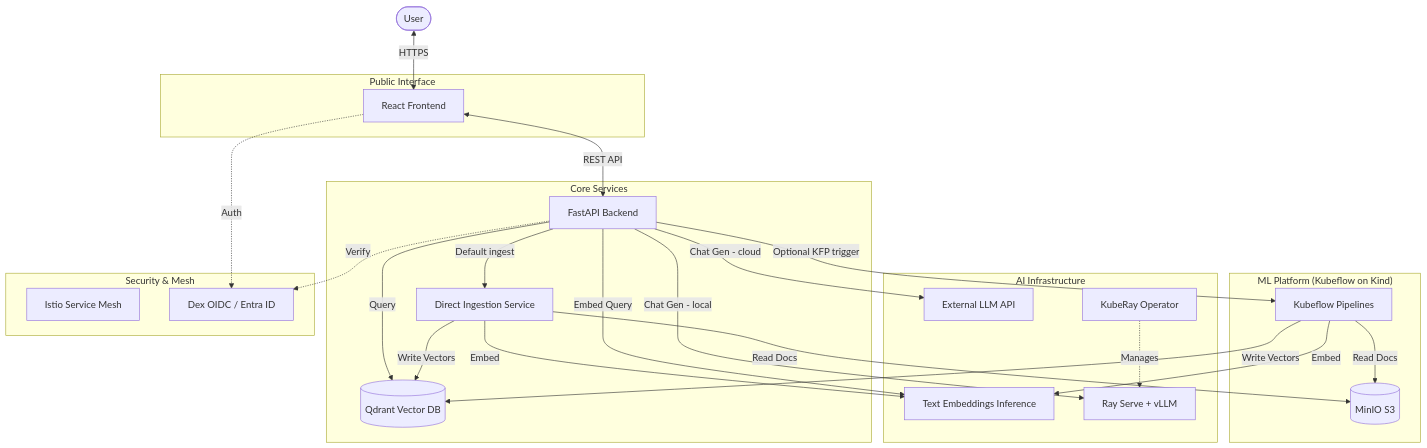
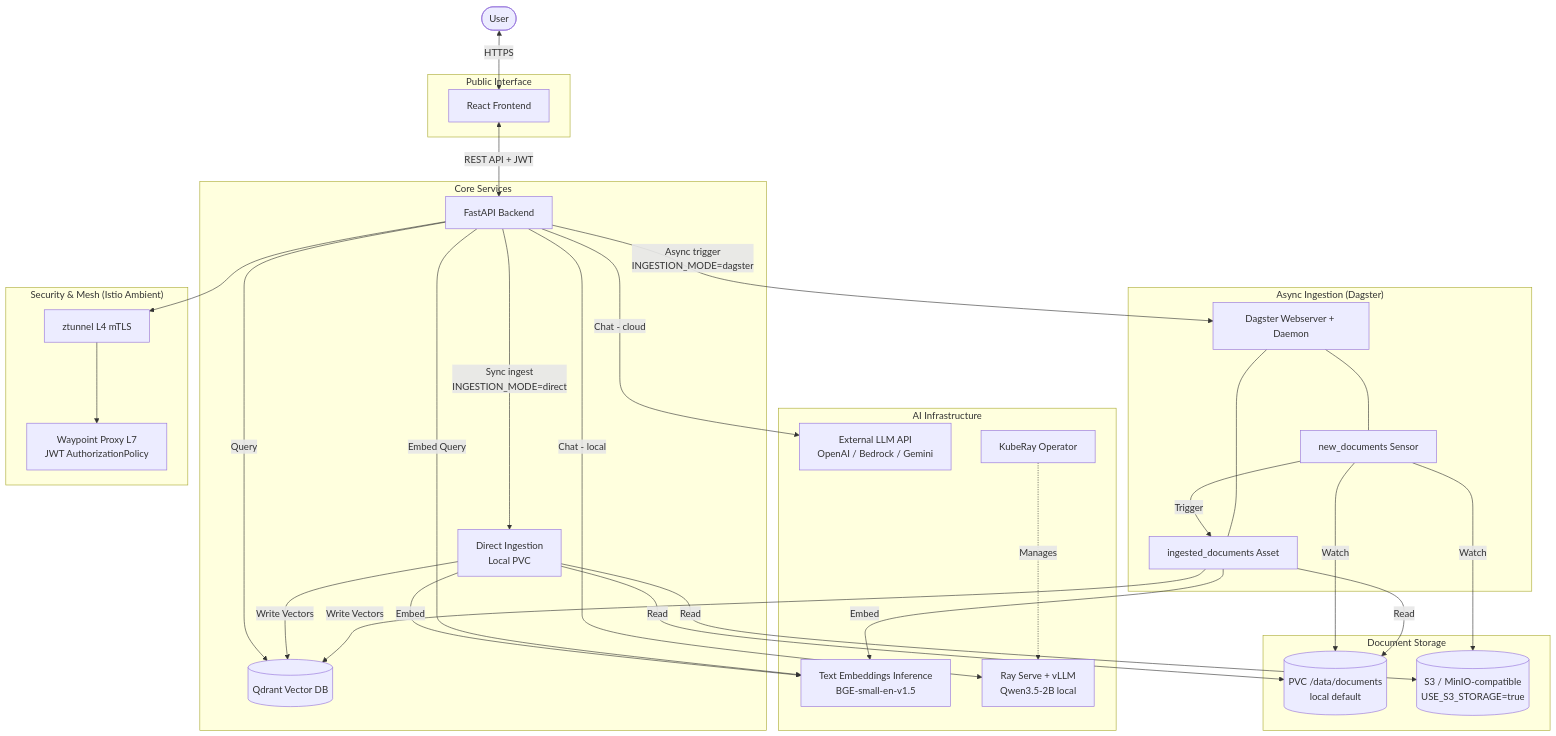
The diagram in docs/context/ARCHITECTURE.md (elis-salobehaj/Vellum), drawn with Mermaid before and after one commit. The commit also changed other lines of this file and 57 other files, not shown here.

First line of the commit message:
feat!: complete infra migration phases 4 and 5 (dagster, ray, istio ambient)

````diff
--- a/docs/context/ARCHITECTURE.md
+++ b/docs/context/ARCHITECTURE.md
@@ -37,53 +10,63 @@
 ```mermaid
 graph TD
     User([User])
-    
+
     subgraph "Public Interface"
         Frontend[React Frontend]
     end
-    
+
     subgraph "Core Services"
         Backend[FastAPI Backend]
         Qdrant[(Qdrant Vector DB)]
-        Direct[Direct Ingestion Service]
+        Direct[Direct Ingestion\nLocal PVC]
     end
-    
-    subgraph "ML Platform (Kubeflow on Kind)"
-        KFP[Kubeflow Pipelines]
-        MinIO[(MinIO S3)]
+
+    subgraph "Async Ingestion (Dagster)"
+        Dagster[Dagster Webserver + Daemon]
+        DagsterAsset[ingested_documents Asset]
+        DocSensor[new_documents Sensor]
     end
-    
+
+    subgraph "Document Storage"
+        PVC[(PVC /data/documents\nlocal default)]
+        S3[(S3 / MinIO-compatible\nUSE_S3_STORAGE=true)]
+    end
+
     subgraph "AI Infrastructure"
-        TEI[Text Embeddings Inference]
-        RaySrv[Ray Serve + vLLM]
-        LLM[External LLM API]
+        TEI[Text Embeddings Inference\nBGE-small-en-v1.5]
+        RaySrv[Ray Serve + vLLM\nQwen3.5-2B local]
+        LLM[External LLM API\nOpenAI / Bedrock / Gemini]
         KubeRay[KubeRay Operator]
     end
-    
+
+    subgraph "Security & Mesh (Istio Ambient)"
+        WP[Waypoint Proxy L7\nJWT AuthorizationPolicy]
+        ZT[ztunnel L4 mTLS]
+    end
+
     User <-->|HTTPS| Frontend
-    Frontend <-->|REST API| Backend
+    Frontend <-->|REST API + JWT| Backend
+    Backend --> ZT --> WP
     Backend -->|Query| Qdrant
-    Backend -->|Default ingest| Direct
-    Backend -->|Optional KFP trigger| KFP
+    Backend -->|Sync ingest\nINGESTION_MODE=direct| Direct
+    Backend -->|Async trigger\nINGESTION_MODE=dagster| Dagster
 
-    Direct -->|Read Docs| MinIO
+    Direct -->|Read| PVC
+    Direct -->|Read| S3
     Direct -->|Embed| TEI
     Direct -->|Write Vectors| Qdrant
-    
-    KFP -->|Read Docs| MinIO
-    KFP -->|Embed| TEI
-    KFP -->|Write Vectors| Qdrant
-    
+
+    DocSensor -->|Watch| PVC
+    DocSensor -->|Watch| S3
+    DocSensor -->|Trigger| DagsterAsset
+    DagsterAsset -->|Read| PVC
+    DagsterAsset -->|Embed| TEI
+    DagsterAsset -->|Write Vectors| Qdrant
+    Dagster --- DagsterAsset
+    Dagster --- DocSensor
+
     Backend -->|Embed Query| TEI
-    Backend -->|Chat Gen - local| RaySrv
-    Backend -->|Chat Gen - cloud| LLM
-    KubeRay -.->|Manages| RaySrv
-    
-    subgraph "Security & Mesh"
-        Istio[Istio Service Mesh]
-        Dex[Dex OIDC / Entra ID]
-    end
-    
-    Frontend -.->|Auth| Dex
-    Backend -.->|Verify| Dex
+    Backend -->|Chat - local| RaySrv
+    Backend -->|Chat - cloud| LLM
+    KubeRay -..->|Manages| RaySrv
 ```
````
